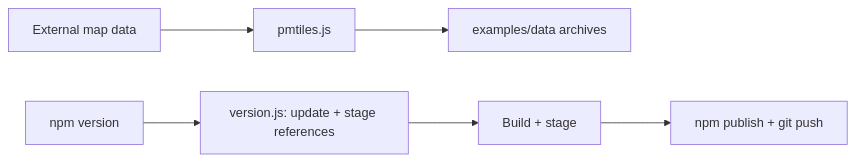
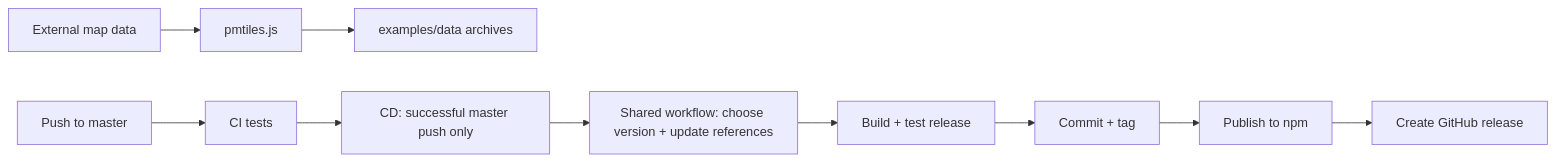
Before and after one commit to Raruto/leaflet-city-mapper: the second of 2 diagrams in build/README.md, drawn with Mermaid. The commit also changed other lines of this file and 7 other files, not shown here.

````diff
--- a/build/README.md
+++ b/build/README.md
@@ -32,8 +32,12 @@
 ```mermaid
 flowchart LR
   Data["External map data"] --> PMTiles["pmtiles.js"]
   PMTiles --> Archives["examples/data archives"]
-  Version["npm version"] --> Prepare["version.js: update + stage references"]
-  Prepare --> Rebuild["Build + stage"]
-  Rebuild --> Publish["npm publish + git push"]
+  Push["Push to master"] --> CI["CI tests"]
+  CI --> CD["CD: successful master push only"]
+  CD --> Prepare["Shared workflow: choose version + update references"]
+  Prepare --> Test["Build + test release"]
+  Test --> Tag["Commit + tag"]
+  Tag --> NPM["Publish to npm"]
+  NPM --> Release["Create GitHub release"]
 ```
````
